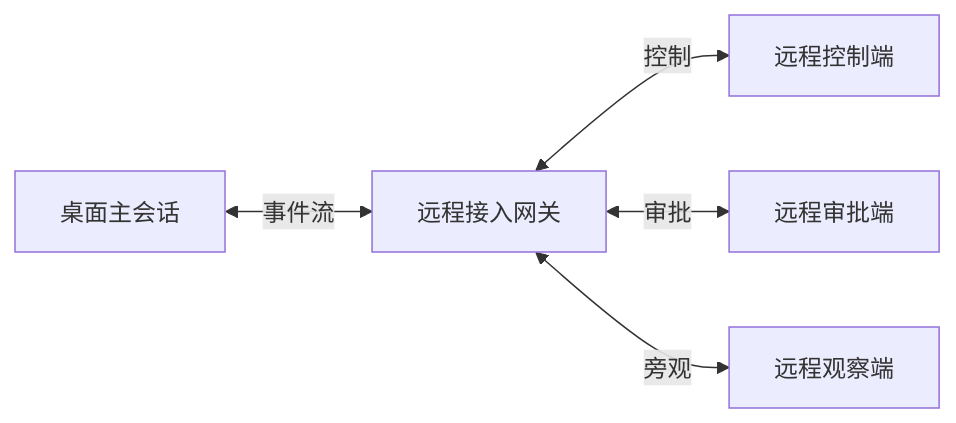
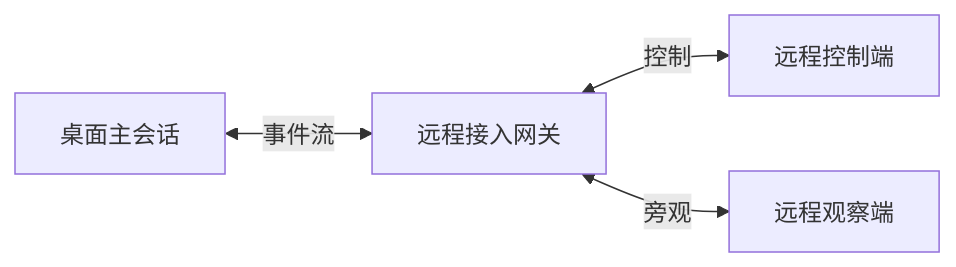
Before and after one commit to silent-rs/silent-Tiangong: the eighth of 10 diagrams in docs/desktop-agent-technical-architecture.md, drawn with Mermaid. The commit also changed other lines of this file and 7 other files, not shown here.

First line of the commit message:
refactor(core): finish phase16 architecture closeout

````diff
--- a/docs/desktop-agent-technical-architecture.md
+++ b/docs/desktop-agent-technical-architecture.md
@@ -483,7 +487,6 @@
 ```mermaid
 flowchart LR
     C["桌面主会话"] <-->|事件流| R["远程接入网关"]
     R <-->|控制| U1["远程控制端"]
-    R <-->|审批| U2["远程审批端"]
-    R <-->|旁观| U3["远程观察端"]
+    R <-->|旁观| U2["远程观察端"]
 ```
````
